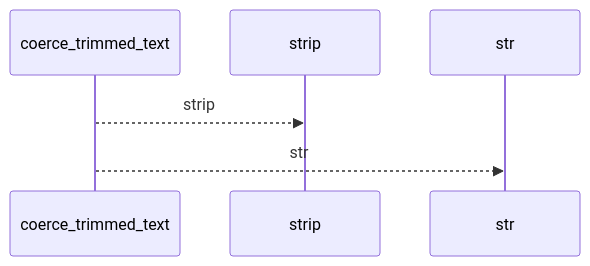
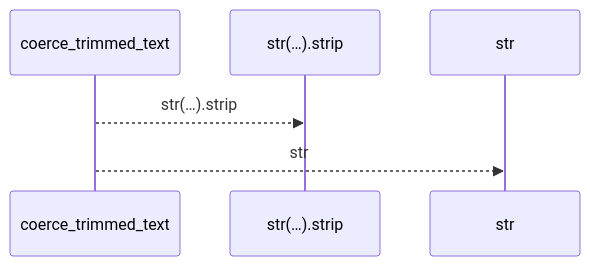
The first of 2 diagrams in docs/llm_wiki/flows/api-coerce_trimmed_text.md (Denissvgn/python-wiki-llm), drawn with Mermaid before and after one commit. The commit also changed other lines of this file and 719 other files, not shown here.

````diff
--- a/docs/llm_wiki/flows/api-coerce_trimmed_text.md
+++ b/docs/llm_wiki/flows/api-coerce_trimmed_text.md
@@ -10,8 +10,8 @@
 ```mermaid
 sequenceDiagram
     participant p0 as coerce_trimmed_text
-    participant p1 as strip
+    participant p1 as str(…).strip
     participant p2 as str
-    p0-->>p1: strip
+    p0-->>p1: str(…).strip
     p0-->>p2: str
 ```
````
